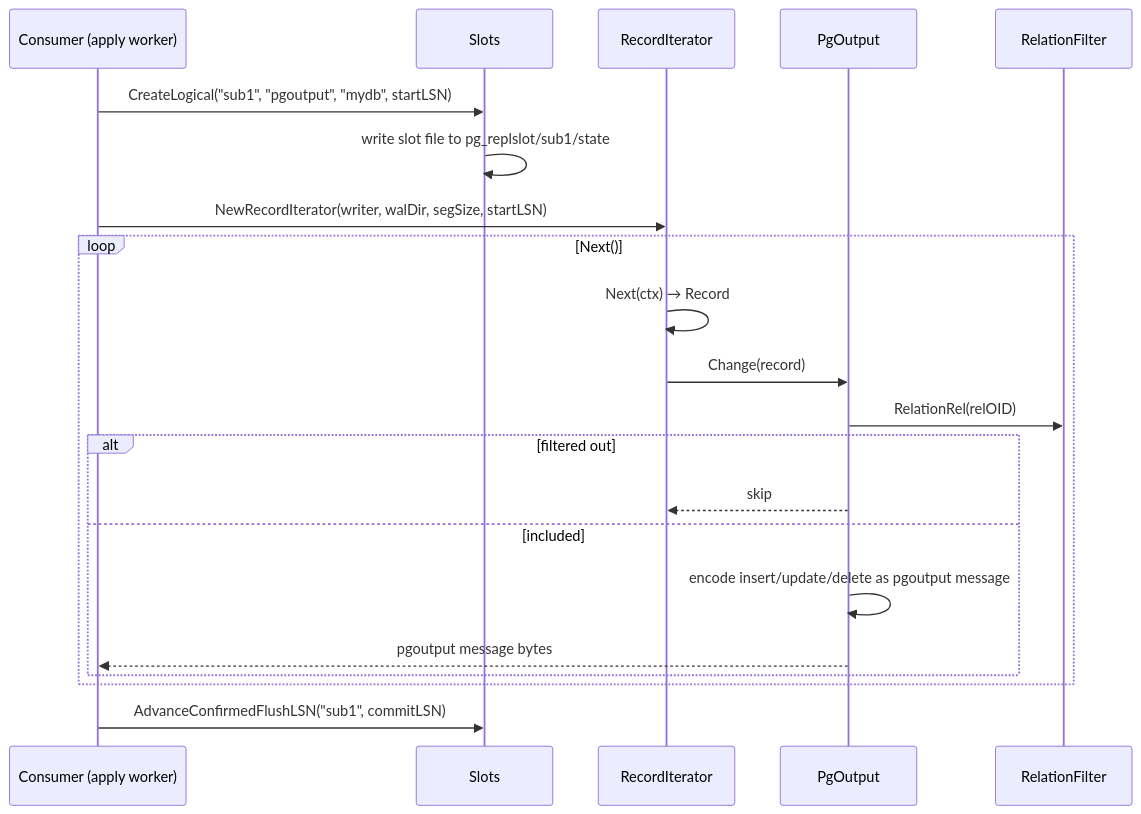
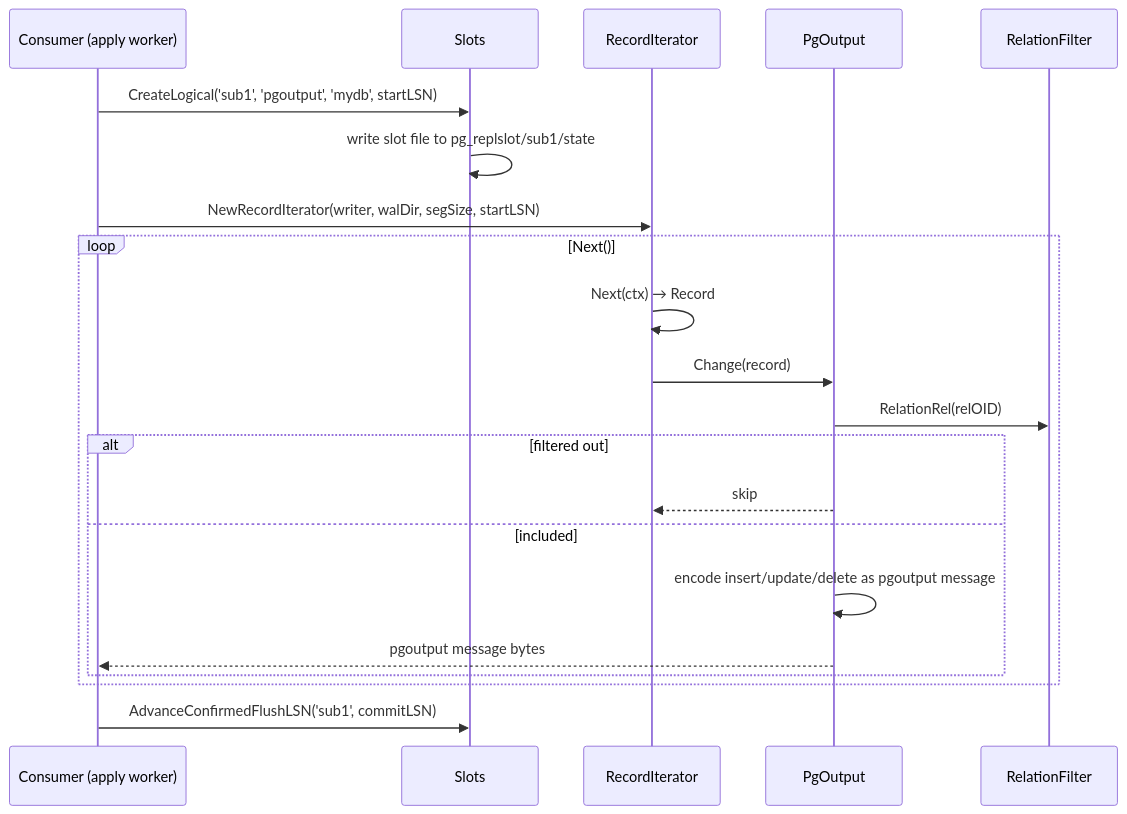
Before and after one commit to ryogrid/goopg: the sixth of 7 diagrams in docs/wiki/modules/xlog.md, drawn with Mermaid. The commit also changed 24 other files, not shown here.

Commit message:
docs(wiki): fix mermaid syntax errors — reserve keyword LINK, flow chart parens, seq msg quotes/semicolons — M-NIGHTLY

````diff
--- a/docs/wiki/modules/xlog.md
+++ b/docs/wiki/modules/xlog.md
@@ -713,23 +713,23 @@
 ```mermaid
 sequenceDiagram
     participant C as Consumer (apply worker)
     participant S as Slots
     participant IT as RecordIterator
     participant P as PgOutput
     participant F as RelationFilter
-    C->>S: CreateLogical("sub1", "pgoutput", "mydb", startLSN)
+C->>S: CreateLogical('sub1', 'pgoutput', 'mydb', startLSN)
     S->>S: write slot file to pg_replslot/sub1/state
     C->>IT: NewRecordIterator(writer, walDir, segSize, startLSN)
     loop Next()
         IT->>IT: Next(ctx) → Record
         IT->>P: Change(record)
         P->>F: RelationRel(relOID)
         alt filtered out
             P-->>IT: skip
         else included
             P->>P: encode insert/update/delete as pgoutput message
             P-->>C: pgoutput message bytes
         end
     end
-    C->>S: AdvanceConfirmedFlushLSN("sub1", commitLSN)
+C->>S: AdvanceConfirmedFlushLSN('sub1', commitLSN)
 ```
````
